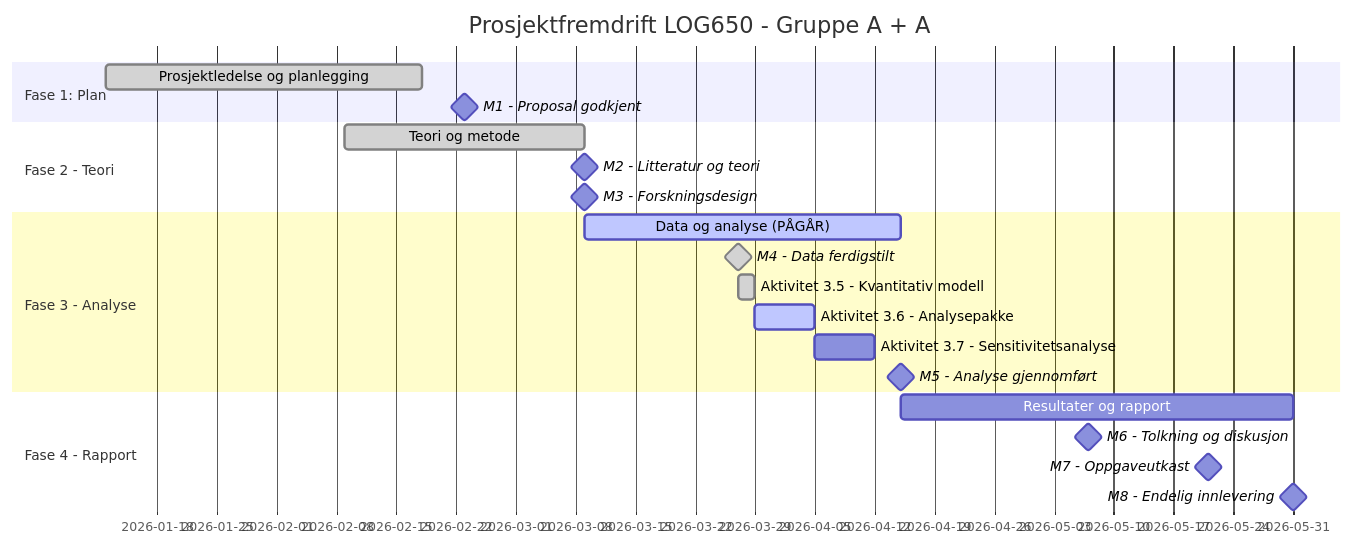
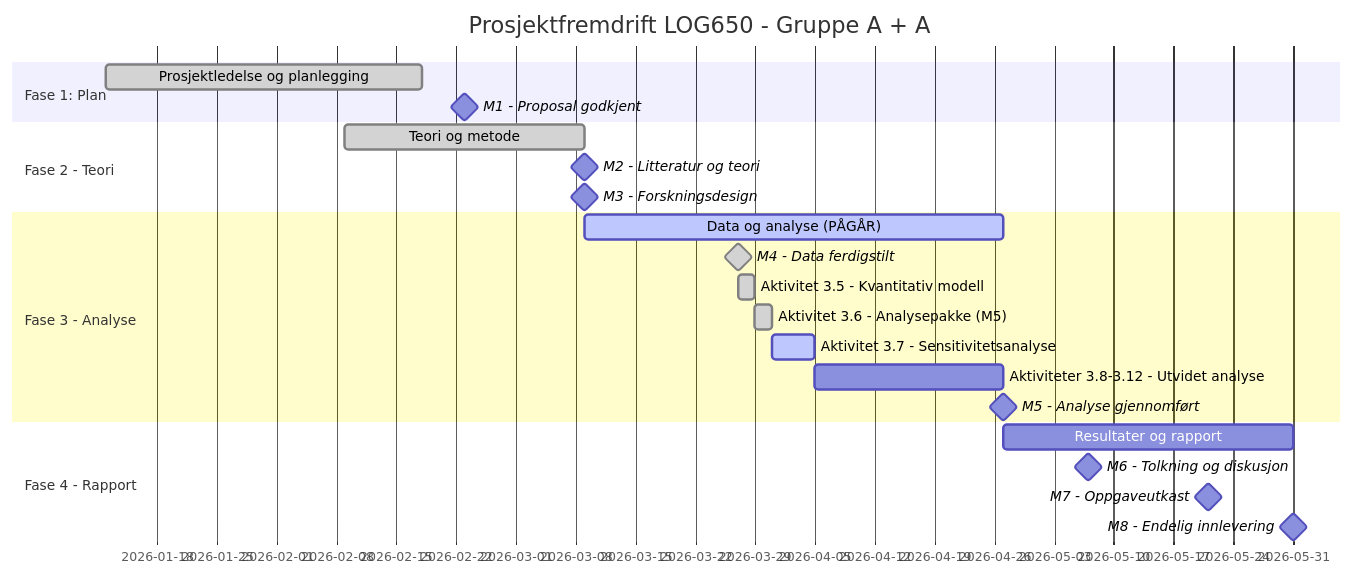
Before and after one commit to LOG650/G02-a-pluss-a: the diagram in 012 fase 2 - plan/status.md, drawn with Mermaid. The commit also changed other lines of this file, not shown here.

````diff
--- a/012 fase 2 - plan/status.md
+++ b/012 fase 2 - plan/status.md
@@ -21,24 +21,25 @@
 ```mermaid
 gantt
     title Prosjektfremdrift LOG650 - Gruppe A + A
     dateFormat  YYYY-MM-DD
     section Fase 1: Plan
     Prosjektledelse og planlegging :done, 2026-01-12, 2026-02-18
     M1 - Proposal godkjent :milestone, 2026-02-23, 0d
     section Fase 2 - Teori
     Teori og metode :done, 2026-02-09, 2026-03-09
     M2 - Litteratur og teori :milestone, 2026-03-09, 0d
     M3 - Forskningsdesign :milestone, 2026-03-09, 0d
     section Fase 3 - Analyse
-    Data og analyse (PÅGÅR) :active, 2026-03-09, 2026-04-15
+    Data og analyse (PÅGÅR) :active, 2026-03-09, 2026-04-27
     M4 - Data ferdigstilt :done, milestone, 2026-03-27, 0d
     Aktivitet 3.5 - Kvantitativ modell :done, 2026-03-27, 2026-03-29
-    Aktivitet 3.6 - Analysepakke :active, 2026-03-29, 2026-04-05
-    Aktivitet 3.7 - Sensitivitetsanalyse : 2026-04-05, 2026-04-12
-    M5 - Analyse gjennomført :milestone, 2026-04-15, 0d
+    Aktivitet 3.6 - Analysepakke (M5) :done, 2026-03-29, 2026-03-31
+    Aktivitet 3.7 - Sensitivitetsanalyse :active, 2026-03-31, 2026-04-05
+    Aktiviteter 3.8-3.12 - Utvidet analyse : 2026-04-05, 2026-04-27
+    M5 - Analyse gjennomført :milestone, 2026-04-27, 0d
     section Fase 4 - Rapport
-    Resultater og rapport : 2026-04-15, 2026-05-31
+    Resultater og rapport : 2026-04-27, 2026-05-31
     M6 - Tolkning og diskusjon :milestone, 2026-05-07, 0d
     M7 - Oppgaveutkast :milestone, 2026-05-21, 0d
     M8 - Endelig innlevering :milestone, 2026-05-31, 0d
 ```
````
